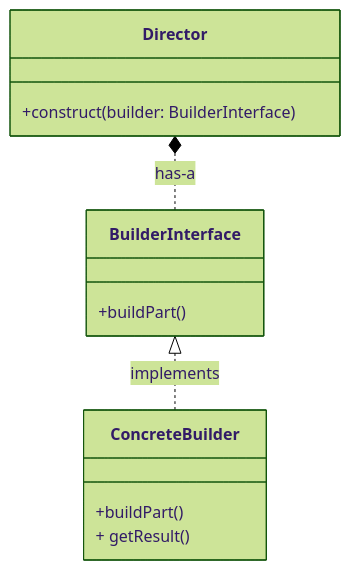
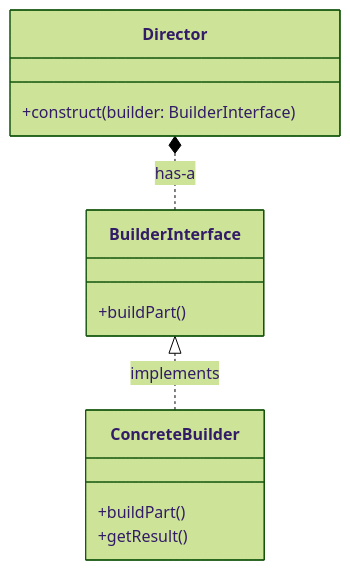
One commit to EliFuzz/tech-labs changed the fourth of 23 diagrams in docs/education/03-design-patterns/05-gof.mdx. Above: the diagram before and after it, drawn with Mermaid (forest theme). The commit also changed other lines of this file and 2 other files, not shown here.

````diff
--- a/docs/education/03-design-patterns/05-gof.mdx
+++ b/docs/education/03-design-patterns/05-gof.mdx
@@ -96,17 +112,17 @@
           ```mermaid
           classDiagram
           direction BT
           class Director {
           +construct(builder: BuilderInterface)
         }
           class BuilderInterface {
           +buildPart()
         }
           class ConcreteBuilder {
             +buildPart()
-            + getResult()
+            +getResult()
         }
 
           ConcreteBuilder ..|> BuilderInterface : implements
           BuilderInterface ..* Director : has-a
           ```
````
